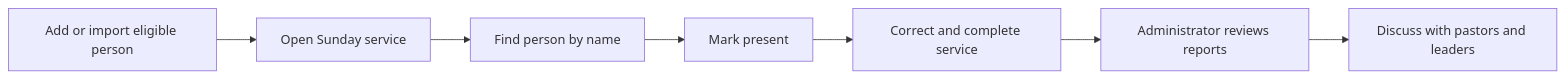
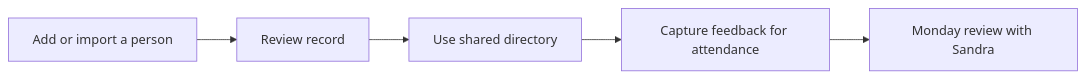
One commit to Elvis020/eglise changed the diagram in docs/user-journeys.md. Above: the diagram before and after it, drawn with Mermaid. The commit also changed other lines of this file and 15 other files, not shown here.

First line of the commit message:
feat: align Eglise roadmap with stakeholder discovery

````diff
--- a/docs/user-journeys.md
+++ b/docs/user-journeys.md
@@ -47,9 +7,7 @@
 ```mermaid
 flowchart LR
-    create["Add or import eligible person"] --> sunday["Open Sunday service"]
-    sunday --> find["Find person by name"]
-    find --> checkin["Mark present"]
-    checkin --> reconcile["Correct and complete service"]
-    reconcile --> report["Administrator reviews reports"]
-    report --> meeting["Discuss with pastors and leaders"]
+    person["Add or import a person"] --> review["Review record"]
+    review --> directory["Use shared directory"]
+    directory --> learn["Capture feedback for attendance"]
+    learn --> monday["Monday review with Sandra"]
 ```
````
